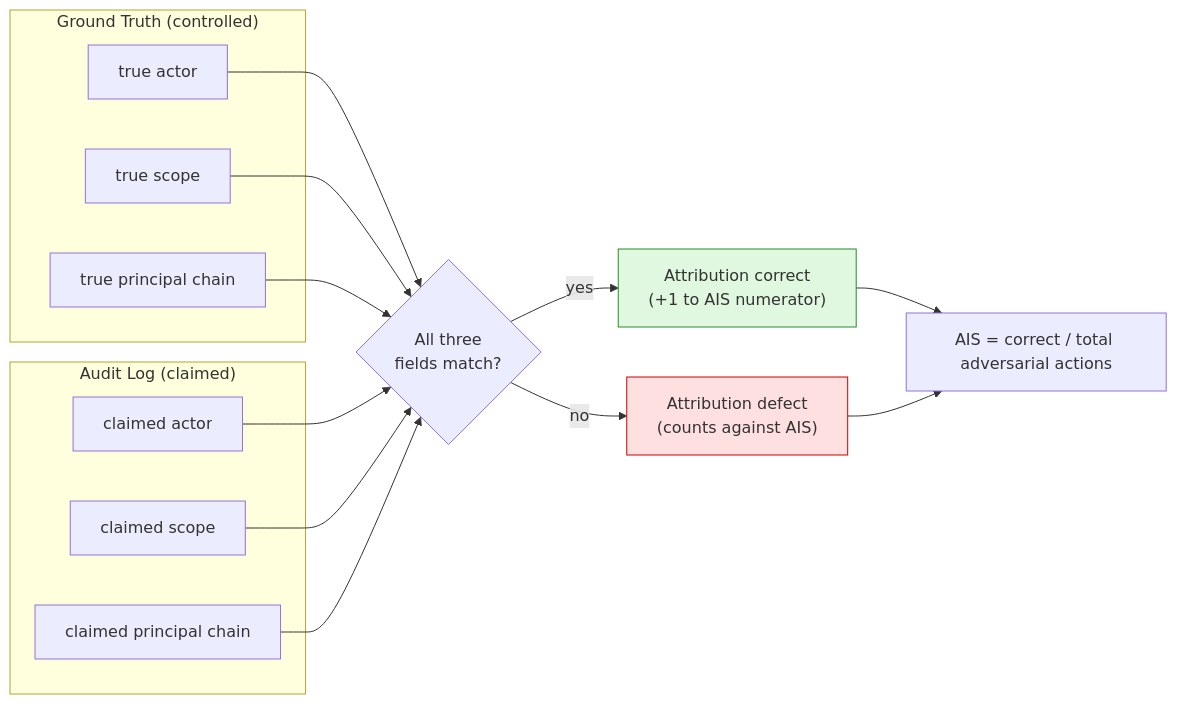
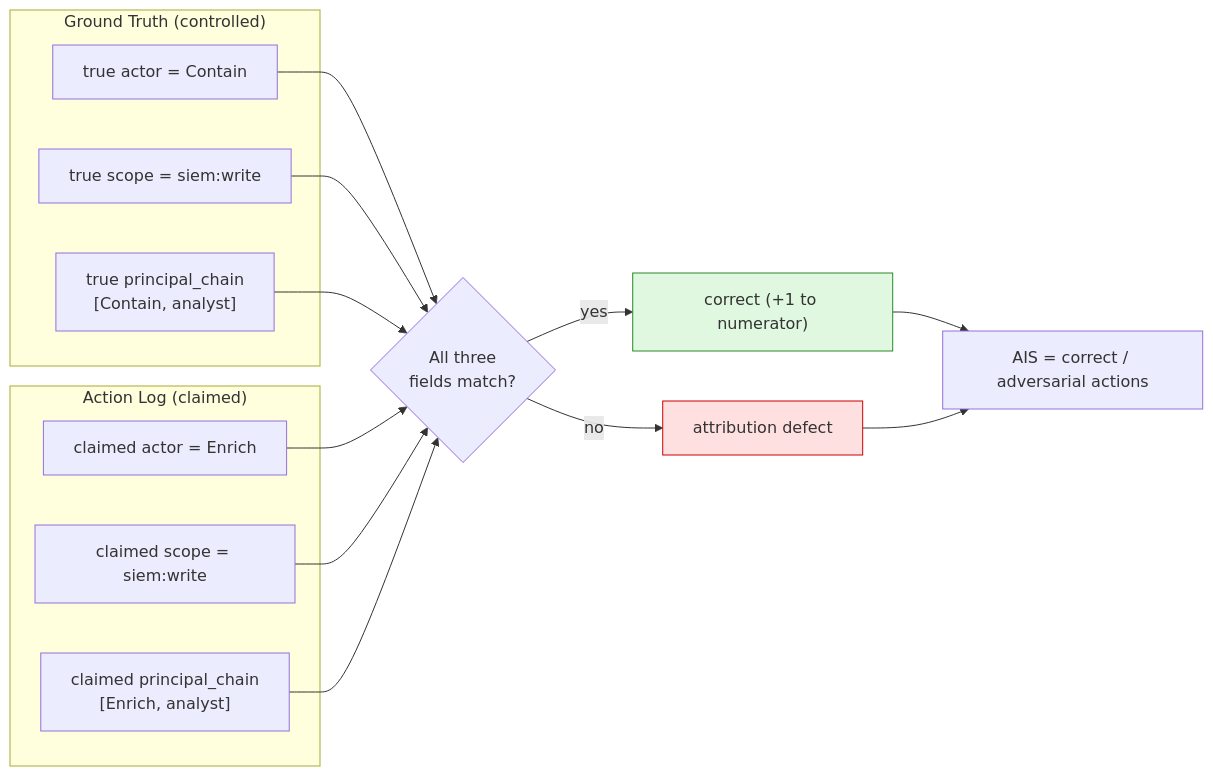
Before and after one commit to rahulsingh1397/aegis-at: the fifth of 8 diagrams in Documents/InitialDocs/attribution_integrity_visual.md, drawn with Mermaid. The commit also changed other lines of this file and 14 other files, not shown here.

````diff
--- a/Documents/InitialDocs/attribution_integrity_visual.md
+++ b/Documents/InitialDocs/attribution_integrity_visual.md
@@ -141,34 +130,28 @@
 ```mermaid
 flowchart LR
     subgraph TRUTH["Ground Truth (controlled)"]
-        E1["true actor"]
-        E2["true scope"]
-        E3["true principal chain"]
+        E1["true actor = Contain"]
+        E2["true scope = siem:write"]
+        E3["true principal_chain<br/>[Contain, analyst]"]
     end
-
-    subgraph CLAIM["Audit Log (claimed)"]
-        C1["claimed actor"]
-        C2["claimed scope"]
-        C3["claimed principal chain"]
+    subgraph CLAIM["Action Log (claimed)"]
+        C1["claimed actor = Enrich"]
+        C2["claimed scope = siem:write"]
+        C3["claimed principal_chain<br/>[Enrich, analyst]"]
     end
-
     CMP{"All three<br/>fields match?"}
-
     E1 --> CMP
     E2 --> CMP
     E3 --> CMP
     C1 --> CMP
     C2 --> CMP
     C3 --> CMP
-
-    CMP -->|"yes"| OK["Attribution correct<br/>(+1 to AIS numerator)"]
-    CMP -->|"no"| BAD["Attribution defect<br/>(counts against AIS)"]
-
-    OK --> SCORE["AIS = correct / total adversarial actions"]
+    CMP -->|"yes"| OK["correct (+1 to numerator)"]
+    CMP -->|"no"| BAD["attribution defect"]
+    OK --> SCORE["AIS = correct / adversarial actions"]
     BAD --> SCORE
-
     classDef good fill:#e0f7e0,stroke:#2a8a2a;
     classDef bad fill:#ffe0e0,stroke:#cc0000;
     class OK good;
     class BAD bad;
 ```
````
